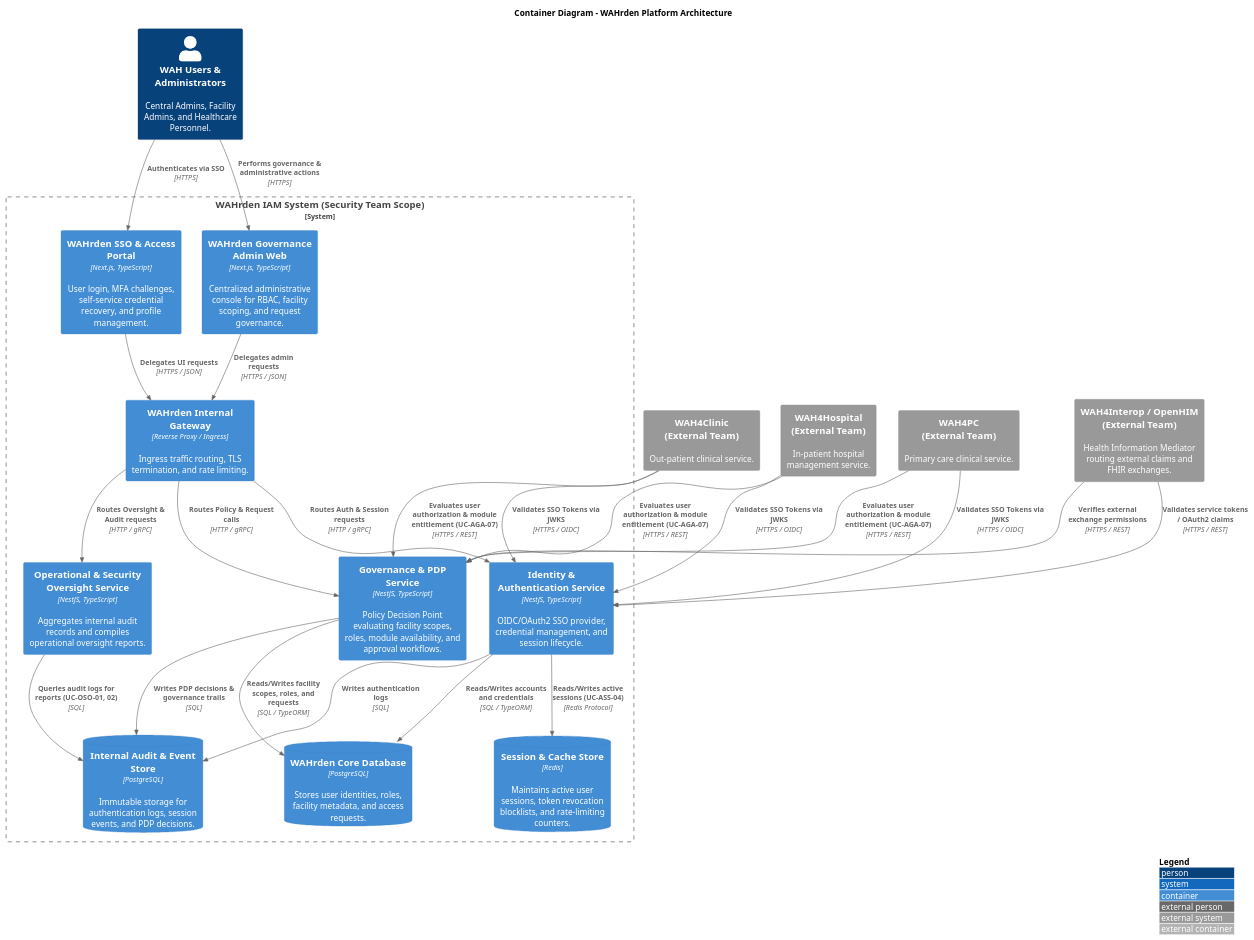
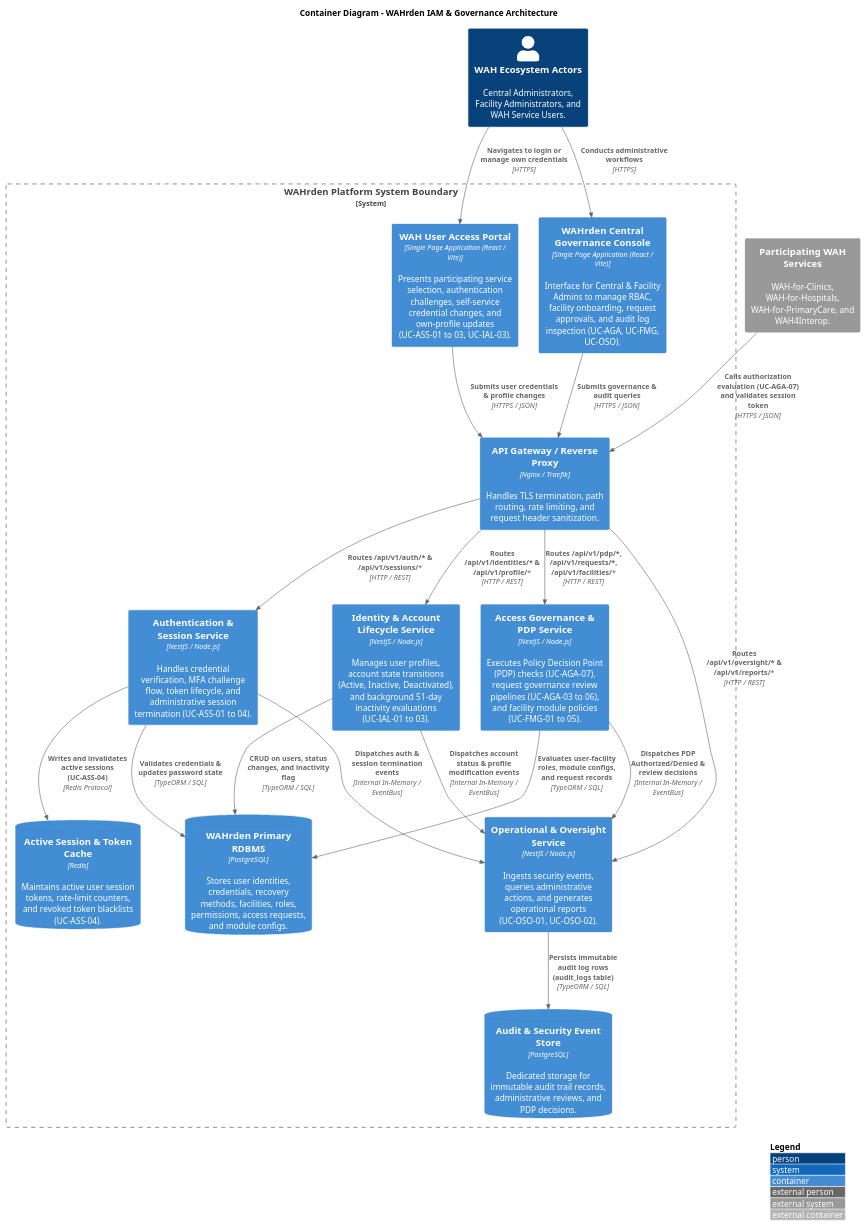
Before and after one commit to APC-SoCIT/APC-2026-2027-T1-SF241-G05-WAH4Security: the diagram in WAH4Security_C4Diagrams/ContainerDiagram.puml, drawn with PlantUML.

Commit message:
Revise Container Diagram for WAHrden Architecture

```diff
--- a/WAH4Security_C4Diagrams/ContainerDiagram.puml
+++ b/WAH4Security_C4Diagrams/ContainerDiagram.puml
@@ -3,59 +3,55 @@
-@startuml C4_Level2_Container
+@startuml C4_Level2_Container_Revised
 !include https://raw.githubusercontent.com/plantuml-stdlib/C4-PlantUML/master/C4_Container.puml
 
 LAYOUT_WITH_LEGEND()
 
-title Container Diagram - WAHrden Platform Architecture
+title Container Diagram - WAHrden IAM & Governance Architecture
 
-Person(users, "WAH Users & Administrators", "Central Admins, Facility Admins, and Healthcare Personnel.")
+Person(users, "WAH Ecosystem Actors", "Central Administrators, Facility Administrators, and WAH Service Users.")
+System_Ext(participating_services, "Participating WAH Services", "WAH-for-Clinics, WAH-for-Hospitals, WAH-for-PrimaryCare, and WAH4Interop.")
 
-System_Ext(wah4clinic, "WAH4Clinic\n(External Team)", "Out-patient clinical service.")
-System_Ext(wah4hospital, "WAH4Hospital\n(External Team)", "In-patient hospital management service.")
-System_Ext(wah4pc, "WAH4PC\n(External Team)", "Primary care clinical service.")
-System_Ext(wah4interop, "WAH4Interop / OpenHIM\n(External Team)", "Health Information Mediator routing external claims and FHIR exchanges.")
+System_Boundary(wahrden_boundary, "WAHrden Platform System Boundary") {
+    Container(user_portal, "WAH User Access Portal", "Single Page Application (React / Vite)", "Presents participating service selection, authentication challenges, self-service credential changes, and own-profile updates (UC-ASS-01 to 03, UC-IAL-03).")
+    Container(admin_portal, "WAHrden Central Governance Console", "Single Page Application (React / Vite)", "Interface for Central & Facility Admins to manage RBAC, facility onboarding, request approvals, and audit log inspection (UC-AGA, UC-FMG, UC-OSO).")
+    
+    Container(api_gateway, "API Gateway / Reverse Proxy", "Nginx / Traefik", "Handles TLS termination, path routing, rate limiting, and request header sanitization.")
 
-System_Boundary(wahrden_boundary, "WAHrden IAM System (Security Team Scope)") {
-    Container(auth_portal, "WAHrden SSO & Access Portal", "Next.js, TypeScript", "User login, MFA challenges, self-service credential recovery, and profile management.")
-    Container(admin_console, "WAHrden Governance Admin Web", "Next.js, TypeScript", "Centralized administrative console for RBAC, facility scoping, and request governance.")
-    Container(api_gateway, "WAHrden Internal Gateway", "Reverse Proxy / Ingress", "Ingress traffic routing, TLS termination, and rate limiting.")
-    
-    Container(iam_service, "Identity & Authentication Service", "NestJS, TypeScript", "OIDC/OAuth2 SSO provider, credential management, and session lifecycle.")
-    Container(gov_service, "Governance & PDP Service", "NestJS, TypeScript", "Policy Decision Point evaluating facility scopes, roles, module availability, and approval workflows.")
-    Container(oversight_service, "Operational & Security Oversight Service", "NestJS, TypeScript", "Aggregates internal audit records and compiles operational oversight reports.")
-    
-    ContainerDb(session_cache, "Session & Cache Store", "Redis", "Maintains active user sessions, token revocation blocklists, and rate-limiting counters.")
-    ContainerDb(wahrden_db, "WAHrden Core Database", "PostgreSQL", "Stores user identities, roles, facility metadata, and access requests.")
-    ContainerDb(audit_store, "Internal Audit & Event Store", "PostgreSQL", "Immutable storage for authentication logs, session events, and PDP decisions.")
+    Container(auth_service, "Authentication & Session Service", "NestJS / Node.js", "Handles credential verification, MFA challenge flow, token lifecycle, and administrative session termination (UC-ASS-01 to 04).")
+    Container(identity_service, "Identity & Account Lifecycle Service", "NestJS / Node.js", "Manages user profiles, account state transitions (Active, Inactive, Deactivated), and background 51-day inactivity evaluations (UC-IAL-01 to 03).")
+    Container(pdp_service, "Access Governance & PDP Service", "NestJS / Node.js", "Executes Policy Decision Point (PDP) checks (UC-AGA-07), request governance review pipelines (UC-AGA-03 to 06), and facility module policies (UC-FMG-01 to 05).")
+    Container(audit_service, "Operational & Oversight Service", "NestJS / Node.js", "Ingests security events, queries administrative actions, and generates operational reports (UC-OSO-01, UC-OSO-02).")
+
+    ContainerDb(redis_cache, "Active Session & Token Cache", "Redis", "Maintains active user session tokens, rate-limit counters, and revoked token blacklists (UC-ASS-04).")
+    ContainerDb(wahrden_db, "WAHrden Primary RDBMS", "PostgreSQL", "Stores user identities, credentials, recovery methods, facilities, roles, permissions, access requests, and module configs.")
+    ContainerDb(audit_db, "Audit & Security Event Store", "PostgreSQL", "Dedicated storage for immutable audit trail records, administrative reviews, and PDP decisions.")
 }
 
-Rel(users, auth_portal, "Authenticates via SSO", "HTTPS")
-Rel(users, admin_console, "Performs governance & administrative actions", "HTTPS")
+' User Ingress
+Rel(users, user_portal, "Navigates to login or manage own credentials", "HTTPS")
+Rel(users, admin_portal, "Conducts administrative workflows", "HTTPS")
 
-Rel(auth_portal, api_gateway, "Delegates UI requests", "HTTPS / JSON")
-Rel(admin_console, api_gateway, "Delegates admin requests", "HTTPS / JSON")
+Rel(user_portal, api_gateway, "Submits user credentials & profile changes", "HTTPS / JSON")
+Rel(admin_portal, api_gateway, "Submits governance & audit queries", "HTTPS / JSON")
 
-Rel(api_gateway, iam_service, "Routes Auth & Session requests", "HTTP / gRPC")
-Rel(api_gateway, gov_service, "Routes Policy & Request calls", "HTTP / gRPC")
-Rel(api_gateway, oversight_service, "Routes Oversight & Audit requests", "HTTP / gRPC")
+' Gateway Routing
+Rel(api_gateway, auth_service, "Routes /api/v1/auth/* & /api/v1/sessions/*", "HTTP / REST")
+Rel(api_gateway, identity_service, "Routes /api/v1/identities/* & /api/v1/profile/*", "HTTP / REST")
+Rel(api_gateway, pdp_service, "Routes /api/v1/pdp/*, /api/v1/requests/*, /api/v1/facilities/*", "HTTP / REST")
+Rel(api_gateway, audit_service, "Routes /api/v1/oversight/* & /api/v1/reports/*", "HTTP / REST")
 
-Rel(wah4clinic, iam_service, "Validates SSO Tokens via JWKS", "HTTPS / OIDC")
-Rel(wah4clinic, gov_service, "Evaluates user authorization & module entitlement (UC-AGA-07)", "HTTPS / REST")
+' External Service PDP Checks
+Rel(participating_services, api_gateway, "Calls authorization evaluation (UC-AGA-07) and validates session token", "HTTPS / JSON")
 
-Rel(wah4hospital, iam_service, "Validates SSO Tokens via JWKS", "HTTPS / OIDC")
-Rel(wah4hospital, gov_service, "Evaluates user authorization & module entitlement (UC-AGA-07)", "HTTPS / REST")
+' Service to Storage Interconnections
+Rel(auth_service, redis_cache, "Writes and invalidates active sessions (UC-ASS-04)", "Redis Protocol")
+Rel(auth_service, wahrden_db, "Validates credentials & updates password state", "TypeORM / SQL")
+Rel(identity_service, wahrden_db, "CRUD on users, status changes, and inactivity flag", "TypeORM / SQL")
+Rel(pdp_service, wahrden_db, "Evaluates user-facility roles, module configs, and request records", "TypeORM / SQL")
 
-Rel(wah4pc, iam_service, "Validates SSO Tokens via JWKS", "HTTPS / OIDC")
-Rel(wah4pc, gov_service, "Evaluates user authorization & module entitlement (UC-AGA-07)", "HTTPS / REST")
-
-Rel(wah4interop, iam_service, "Validates service tokens / OAuth2 claims", "HTTPS / REST")
-Rel(wah4interop, gov_service, "Verifies external exchange permissions", "HTTPS / REST")
-
-Rel(iam_service, session_cache, "Reads/Writes active sessions (UC-ASS-04)", "Redis Protocol")
-Rel(iam_service, wahrden_db, "Reads/Writes accounts and credentials", "SQL / TypeORM")
-Rel(gov_service, wahrden_db, "Reads/Writes facility scopes, roles, and requests", "SQL / TypeORM")
-
-Rel(iam_service, audit_store, "Writes authentication logs", "SQL")
-Rel(gov_service, audit_store, "Writes PDP decisions & governance trails", "SQL")
-Rel(oversight_service, audit_store, "Queries audit logs for reports (UC-OSO-01, 02)", "SQL")
+' Centralized Audit Trail Ingestion
+Rel(auth_service, audit_service, "Dispatches auth & session termination events", "Internal In-Memory / EventBus")
+Rel(pdp_service, audit_service, "Dispatches PDP Authorized/Denied & review decisions", "Internal In-Memory / EventBus")
+Rel(identity_service, audit_service, "Dispatches account status & profile modification events", "Internal In-Memory / EventBus")
+Rel(audit_service, audit_db, "Persists immutable audit log rows (audit_logs table)", "TypeORM / SQL")
 
 @enduml
```
